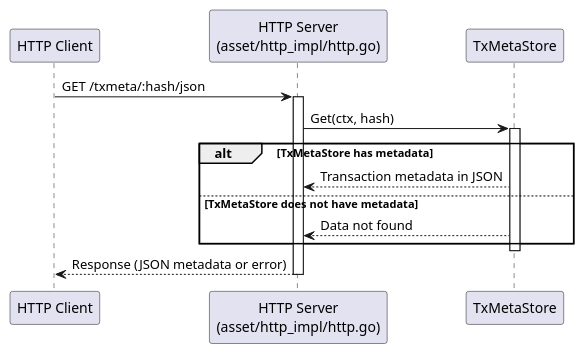
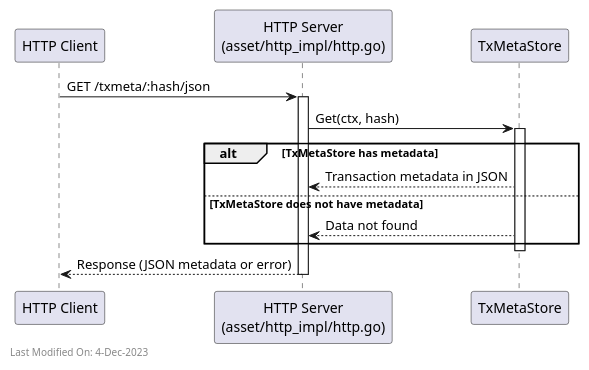
Before and after one commit to freemans13/teranode: the diagram in docs/services/img/plantuml/assetserver/asset_server_http_get_transaction_meta.puml, drawn with PlantUML. The commit also changed 151 other files, not shown here.

Commit message:
Documentation - Correct PlantUML diagrams and timestamp them for traceability

```diff
--- a/docs/services/img/plantuml/assetserver/asset_server_http_get_transaction_meta.puml
+++ b/docs/services/img/plantuml/assetserver/asset_server_http_get_transaction_meta.puml
@@ -1,20 +1,23 @@
 @startuml
 participant "HTTP Client" as Client
 participant "HTTP Server\n(asset/http_impl/http.go)" as HTTPServer
 participant "TxMetaStore" as MetaStore
 
 Client -> HTTPServer : GET /txmeta/:hash/json
 activate HTTPServer
 
 HTTPServer -> MetaStore : Get(ctx, hash)
 activate MetaStore
 alt TxMetaStore has metadata
     MetaStore --> HTTPServer : Transaction metadata in JSON
 else TxMetaStore does not have metadata
     MetaStore --> HTTPServer : Data not found
 end
 deactivate MetaStore
 
 HTTPServer --> Client : Response (JSON metadata or error)
 deactivate HTTPServer
+
+left footer Last Modified On: 4-Dec-2023
+
 @enduml
```
